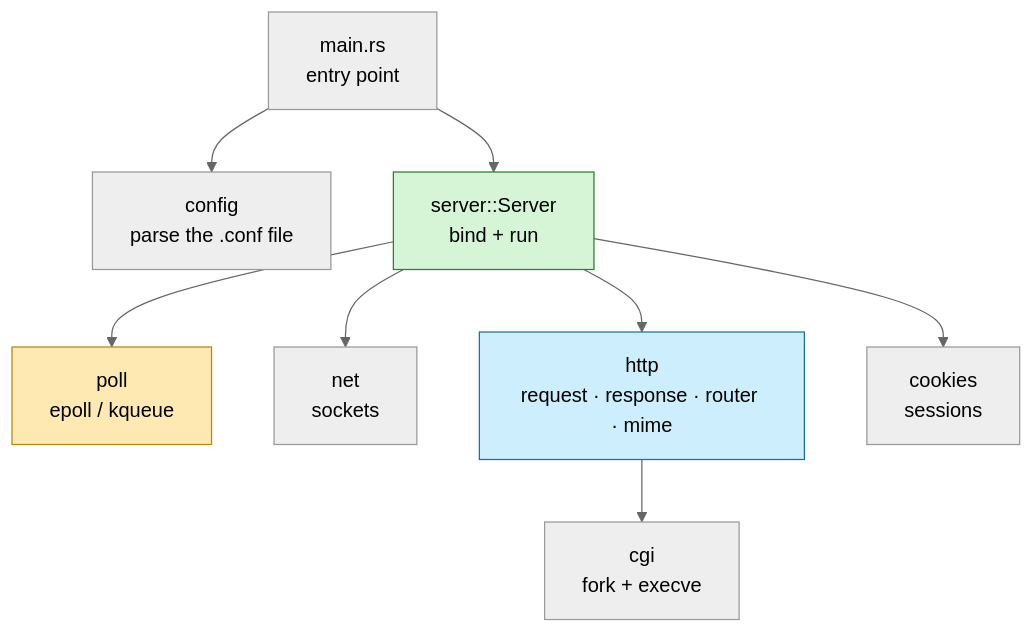
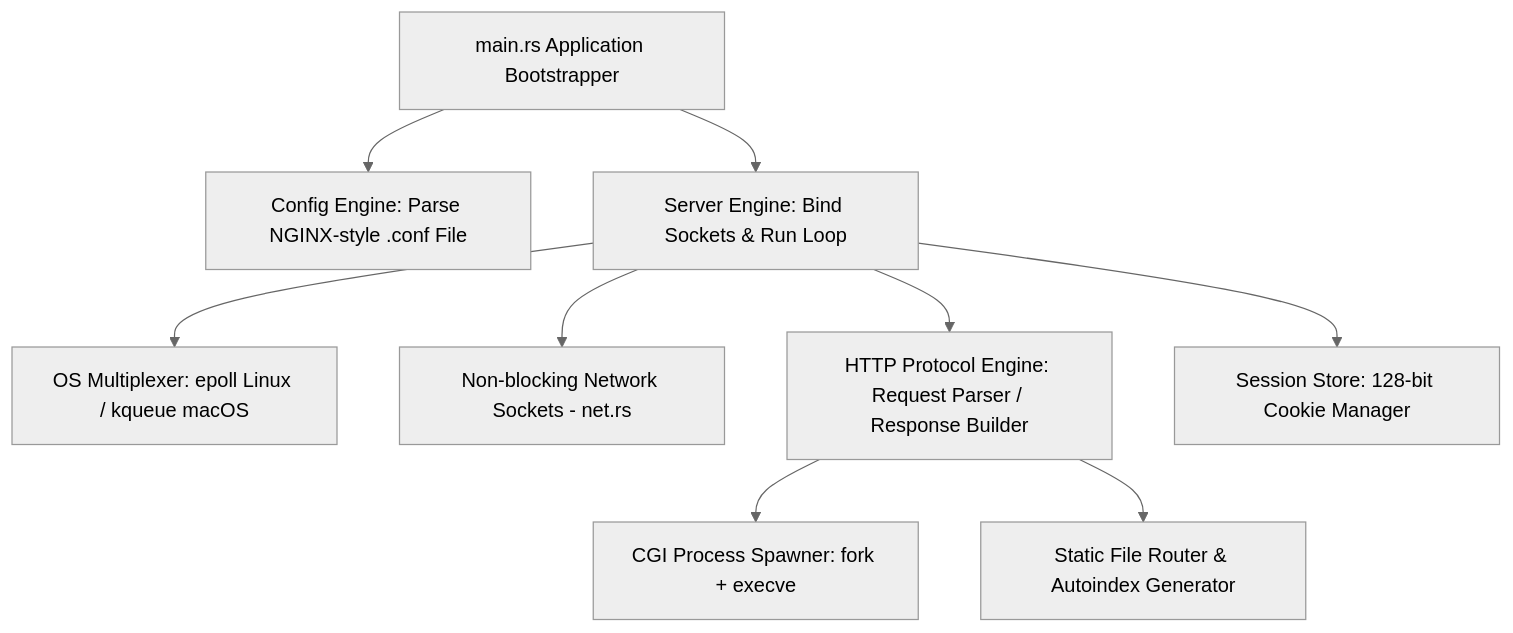
The first of 3 diagrams in README.md (sahmedhusain/servoxide), drawn with Mermaid (neutral theme) before and after one commit. The commit also changed other lines of this file and 1 other file, not shown here.

````diff
--- a/README.md
+++ b/README.md
@@ -78,14 +36,13 @@
 ```mermaid
 graph TD
-    A[main.rs<br/>entry point] --> B[config<br/>parse the .conf file]
-    A --> C[server::Server<br/>bind + run]
-    C --> D[poll<br/>epoll / kqueue]
-    C --> E[net<br/>sockets]
-    C --> F[http<br/>request · response · router · mime]
-    C --> G[cookies<br/>sessions]
-    F --> H[cgi<br/>fork + execve]
-
-    style D fill:#ffe9b3,stroke:#b8860b
-    style F fill:#cdeffd,stroke:#1e6fa8
-    style C fill:#d6f5d6,stroke:#2e7d32
+    A[main.rs Application Bootstrapper] --> B[Config Engine: Parse NGINX-style .conf File]
+    A --> C[Server Engine: Bind Sockets & Run Loop]
+    
+    C --> D[OS Multiplexer: epoll Linux / kqueue macOS]
+    C --> E[Non-blocking Network Sockets - net.rs]
+    C --> F[HTTP Protocol Engine: Request Parser / Response Builder]
+    C --> G[Session Store: 128-bit Cookie Manager]
+    
+    F --> H[CGI Process Spawner: fork + execve]
+    F --> I[Static File Router & Autoindex Generator]
 ```
````
